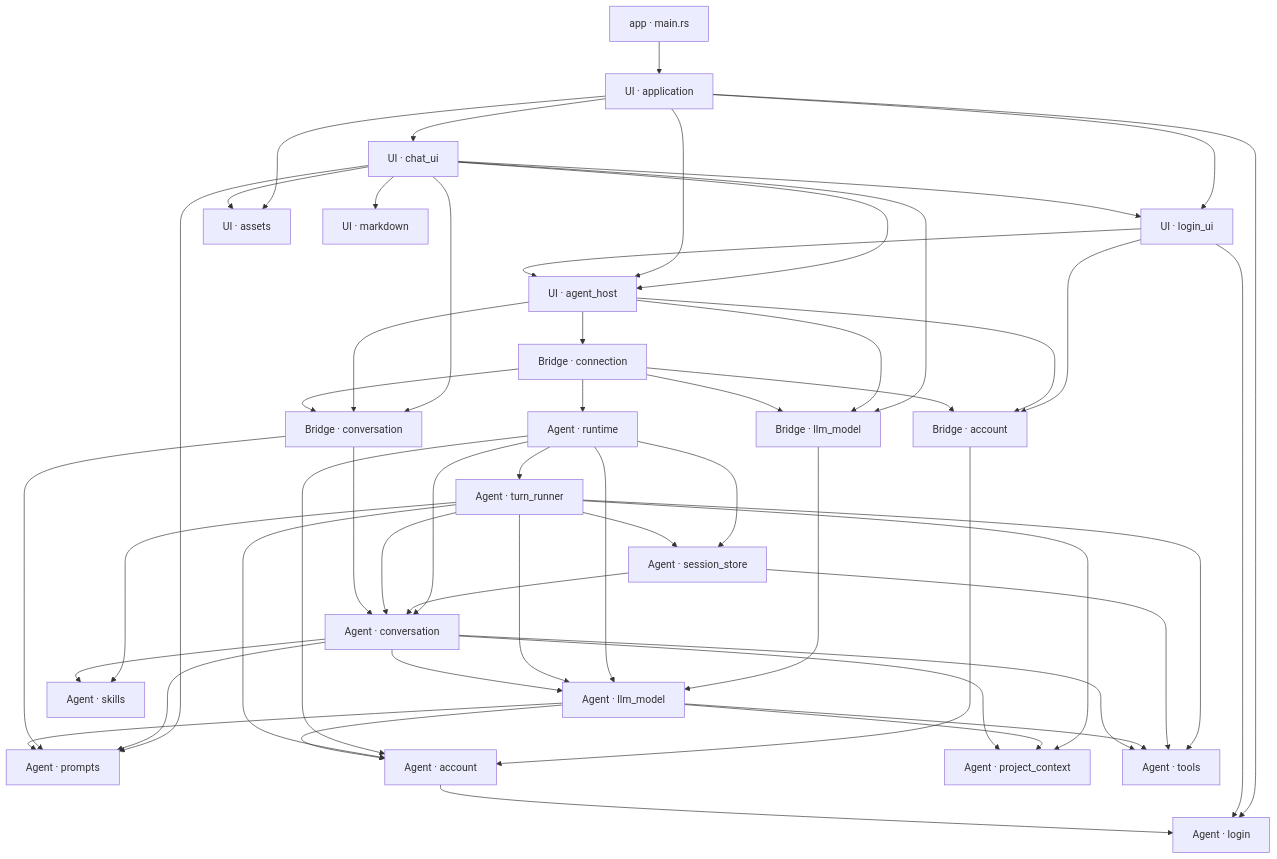
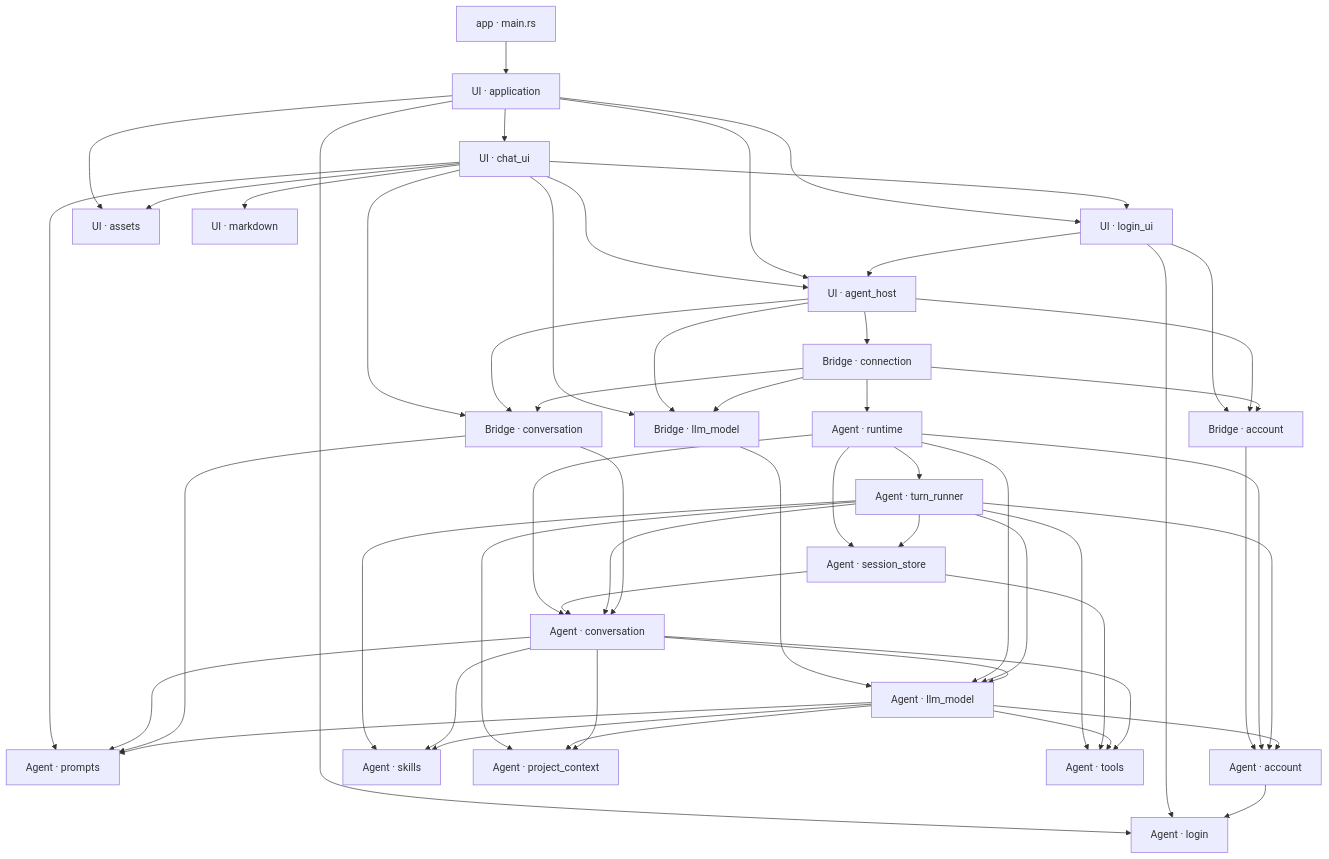
Before and after one commit to slc90/Agentelier: the first of 3 diagrams in docs/design/architecture.md, drawn with Mermaid. The commit also changed other lines of this file and 13 other files, not shown here.

````diff
--- a/docs/design/architecture.md
+++ b/docs/design/architecture.md
@@ -35,55 +35,56 @@
 ```mermaid
 flowchart TD
     Entry["app · main.rs"] --> App["UI · application"]
     App --> UI["UI · login_ui"]
     App --> Assets["UI · assets"]
     App --> Login["Agent · login"]
     UI --> Login
     App --> ChatUI["UI · chat_ui"]
     ChatUI --> Markdown["UI · markdown"]
     ChatUI --> UI
     ChatUI --> Host
     App --> Host["UI · agent_host"]
     UI --> Host
     Host --> Connection["Bridge · connection"]
     UI --> AccountBridge["Bridge · account"]
     ChatUI --> ModelBridge["Bridge · llm_model"]
     ChatUI --> ConversationBridge["Bridge · conversation"]
     ChatUI --> Prompts["Agent · prompts"]
     ChatUI --> Assets
     Host --> AccountBridge
     Host --> ModelBridge
     Host --> ConversationBridge
     Connection --> Runtime["Agent · runtime"]
     Connection --> AccountBridge
     Connection --> ModelBridge
     Connection --> ConversationBridge
     AccountBridge --> Account["Agent · account"]
     ModelBridge --> Model["Agent · llm_model"]
     Runtime --> Account
     Runtime --> Model
     Runtime --> Conversation["Agent · conversation"]
     Runtime --> SessionStore["Agent · session_store"]
     SessionStore --> Conversation
     Runtime --> Runner["Agent · turn_runner"]
     Runner --> Conversation
     Runner --> Skills["Agent · skills"]
     Conversation --> Skills
     Runner --> ProjectContext["Agent · project_context"]
     Runner --> Model
     Runner --> Account
     Runner --> Tools["Agent · tools"]
     Runner --> SessionStore
     SessionStore --> Tools
+    Model --> Skills
     Model --> ProjectContext
     Model --> Tools
     Conversation --> Tools
     Conversation --> Model
     Conversation --> Prompts
     Conversation --> ProjectContext
     ConversationBridge --> Conversation
     ConversationBridge --> Prompts
     Model --> Prompts
     Model --> Account
     Account --> Login
 ```
````
